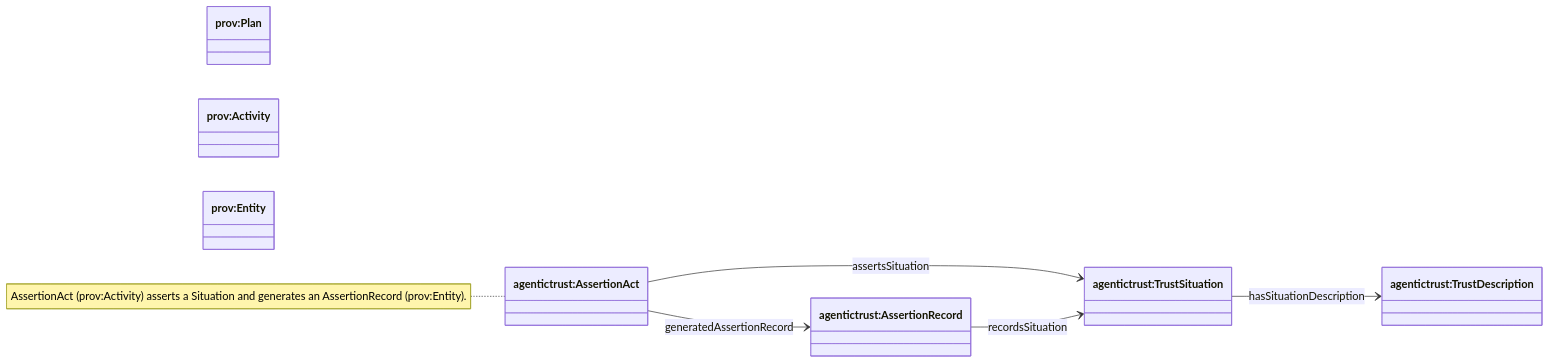
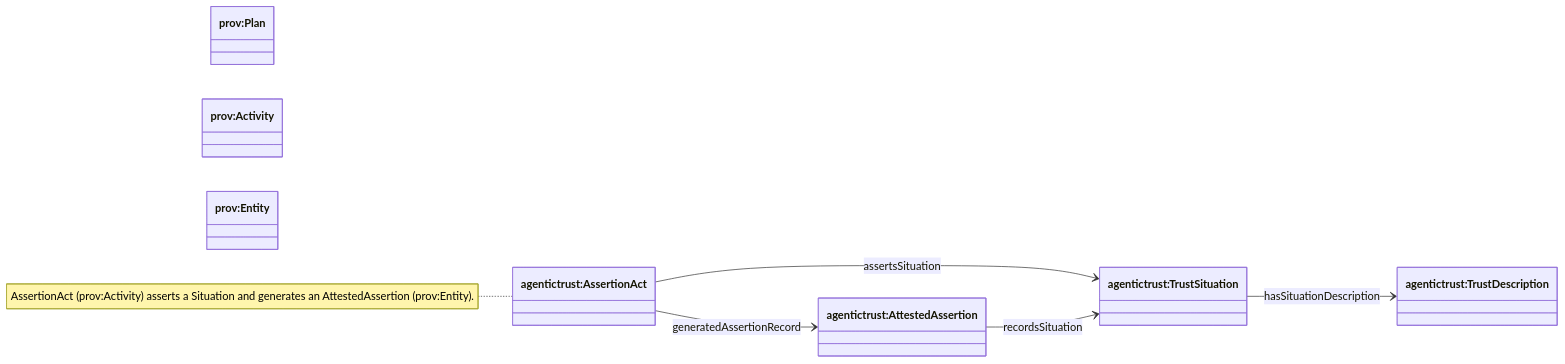
Before and after one commit to Agentic-Trust-Layer/agent-explorer: the second of 2 diagrams in docs/ontology/provenance.md, drawn with Mermaid. The commit also changed other lines of this file and 5 other files, not shown here.

Commit message:
updated ontology with attested assertion

````diff
--- a/docs/ontology/provenance.md
+++ b/docs/ontology/provenance.md
@@ -28,20 +28,20 @@
 ```mermaid
 classDiagram
 direction LR
 
 class provPlan["prov:Plan"]
 class provActivity["prov:Activity"]
 class provEntity["prov:Entity"]
 
 class TrustDescription["agentictrust:TrustDescription"]
 class TrustSituation["agentictrust:TrustSituation"]
 class AssertionAct["agentictrust:AssertionAct"]
-class AssertionRecord["agentictrust:AssertionRecord"]
+class AttestedAssertion["agentictrust:AttestedAssertion"]
 
 TrustSituation --> TrustDescription : hasSituationDescription
 AssertionAct --> TrustSituation : assertsSituation
-AssertionAct --> AssertionRecord : generatedAssertionRecord
-AssertionRecord --> TrustSituation : recordsSituation
+AssertionAct --> AttestedAssertion : generatedAssertionRecord
+AttestedAssertion --> TrustSituation : recordsSituation
 
-note for AssertionAct "AssertionAct (prov:Activity) asserts a Situation and generates an AssertionRecord (prov:Entity)."
+note for AssertionAct "AssertionAct (prov:Activity) asserts a Situation and generates an AttestedAssertion (prov:Entity)."
 ```
````
